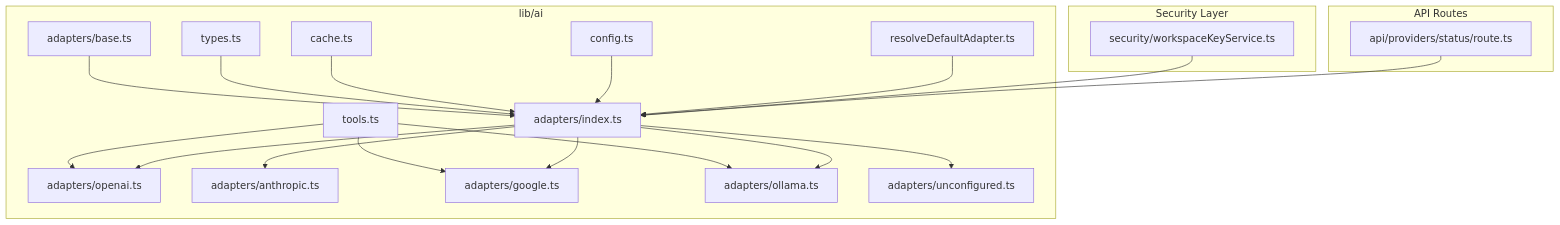
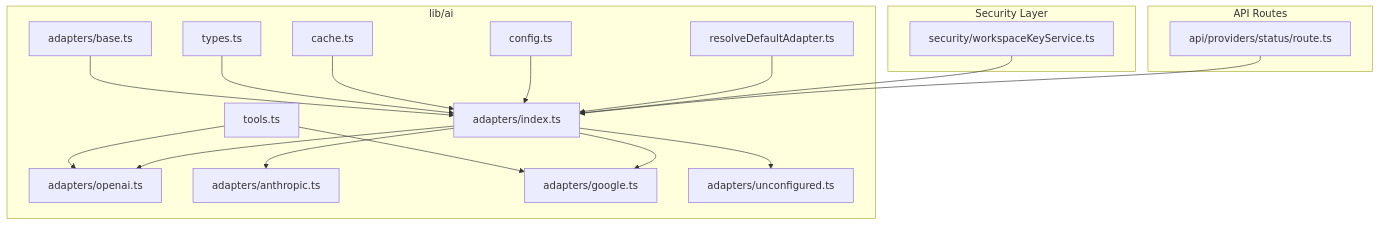
One commit to shekhargiri005-dotcom/AI-powered-accessibility-first-UI-engine changed the first of 10 diagrams in .qoder/repowiki/en/content/Architecture & Design/Layered Architecture/Business Logic Layer/AI Provider Adapter System.md. Above: the diagram before and after it, drawn with Mermaid. The commit also changed other lines of this file and 7 other files, not shown here.

````diff
--- a/.qoder/repowiki/en/content/Architecture & Design/Layered Architecture/Business Logic Layer/AI Provider Adapter System.md
+++ b/.qoder/repowiki/en/content/Architecture & Design/Layered Architecture/Business Logic Layer/AI Provider Adapter System.md
@@ -54,38 +55,35 @@
 ```mermaid
 graph TB
 subgraph "lib/ai"
 BASE["adapters/base.ts"]
 TYPES["types.ts"]
 TOOLS["tools.ts"]
 CACHE["cache.ts"]
 IDX["adapters/index.ts"]
 OA["adapters/openai.ts"]
 AA["adapters/anthropic.ts"]
 GA["adapters/google.ts"]
-OLA["adapters/ollama.ts"]
 UCA["adapters/unconfigured.ts"]
 CFG["config.ts"]
 RDA["resolveDefaultAdapter.ts"]
 end
 subgraph "Security Layer"
 WK["security/workspaceKeyService.ts"]
 end
 subgraph "API Routes"
 PS["api/providers/status/route.ts"]
 end
 BASE --> IDX
 TYPES --> IDX
 TOOLS --> OA
 TOOLS --> GA
-TOOLS --> OLA
 CACHE --> IDX
 IDX --> OA
 IDX --> AA
 IDX --> GA
-IDX --> OLA
 IDX --> UCA
 CFG --> IDX
 RDA --> IDX
 WK --> IDX
 PS --> IDX
 ```
````
